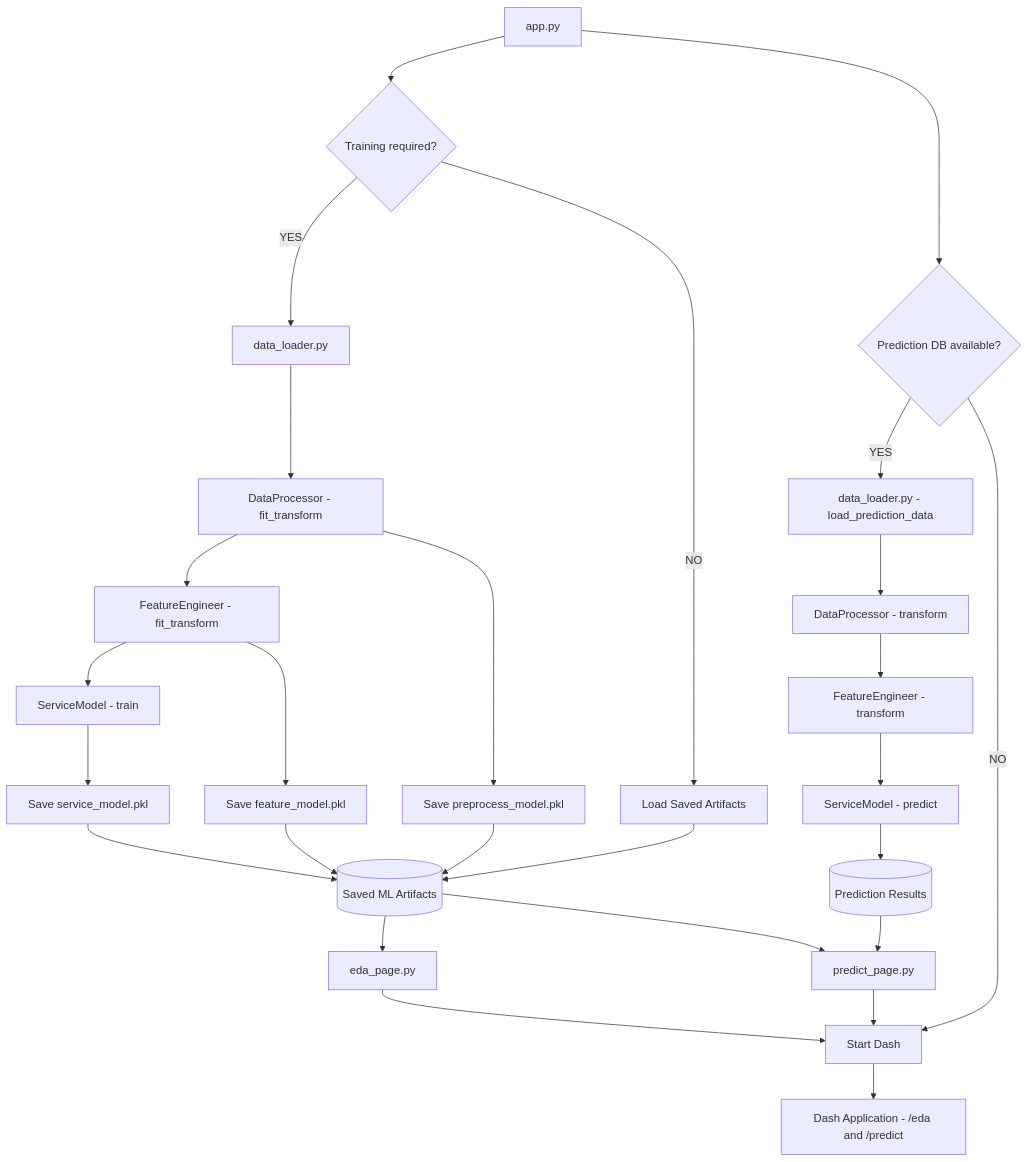
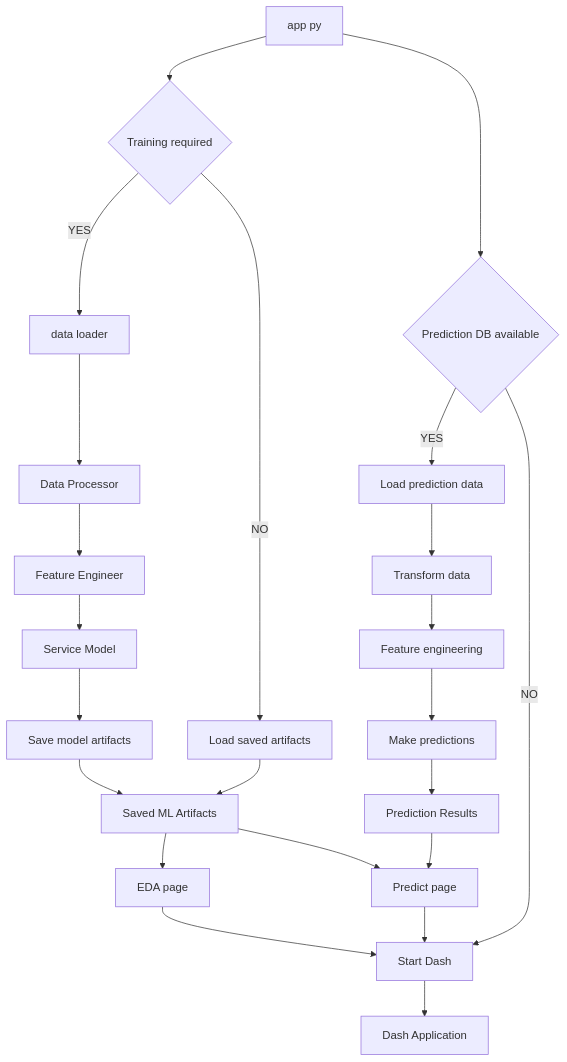
The second of 2 diagrams in README.md (atrixmania/aiap25-ongjianhe-162e), drawn with Mermaid before and after one commit.

````diff
--- a/README.md
+++ b/README.md
@@ -185,48 +185,33 @@
 ```mermaid
-flowchart TD
+graph TD
+    A[app py] --> B{Training required}
+    B -->|YES| C[data loader]
+    B -->|NO| D[Load saved artifacts]
 
-    A["app.py"]
+    C --> E[Data Processor]
+    E --> F[Feature Engineer]
+    F --> G[Service Model]
 
-    %% TRAINING CHECK
-    A --> TC{"Training required?"}
+    G --> H[Save model artifacts]
+    H --> I[Saved ML Artifacts]
 
-    TC -->|YES| D["data_loader.py"]
-    TC -->|NO| L["Load Saved Artifacts"]
+    D --> I
 
-    D --> P["DataProcessor - fit_transform"]
-    P --> F["FeatureEngineer - fit_transform"]
-    F --> M["ServiceModel - train"]
+    A --> J{Prediction DB available}
+    J -->|YES| K[Load prediction data]
+    J -->|NO| L[Start Dash]
 
-    M --> SA["Save service_model.pkl"]
-    P --> SP["Save preprocess_model.pkl"]
-    F --> SF["Save feature_model.pkl"]
+    K --> M[Transform data]
+    M --> N[Feature engineering]
+    N --> O[Make predictions]
+    O --> P[Prediction Results]
 
-    SA --> ART[("Saved ML Artifacts")]
-    SP --> ART
-    SF --> ART
+    I --> Q[EDA page]
+    I --> R[Predict page]
+    P --> R
 
-    L --> ART
+    Q --> L
+    R --> L
 
-    %% PREDICTION CHECK
-    A --> PC{"Prediction DB available?"}
-
-    PC -->|YES| PD["data_loader.py - load_prediction_data"]
-    PC -->|NO| DASH["Start Dash"]
-
-    PD --> PT["DataProcessor - transform"]
-    PT --> FT["FeatureEngineer - transform"]
-    FT --> MP["ServiceModel - predict"]
-    MP --> PR[("Prediction Results")]
-
-    %% PRESENTATION
-    ART --> E["eda_page.py"]
-    ART --> R["predict_page.py"]
-
-    PR --> R
-
-    E --> DASH
-    R --> DASH
-
-    %% DASH
-    DASH --> UI["Dash Application - /eda and /predict"]
+    L --> S[Dash Application]
 ```
````
